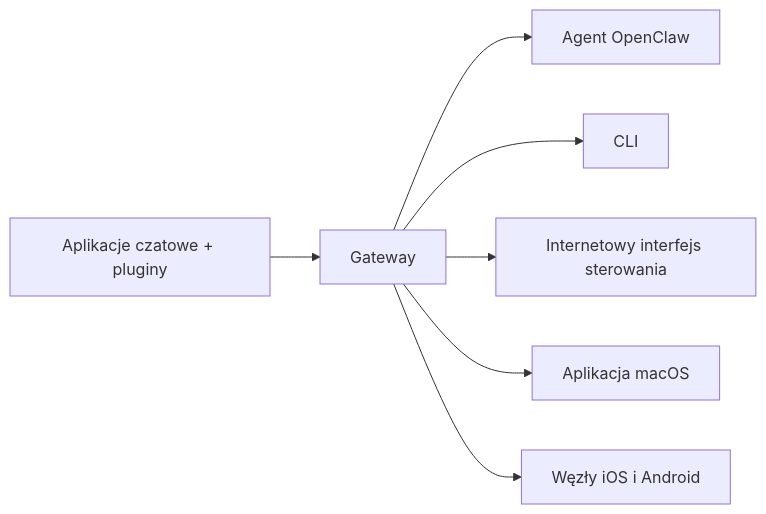
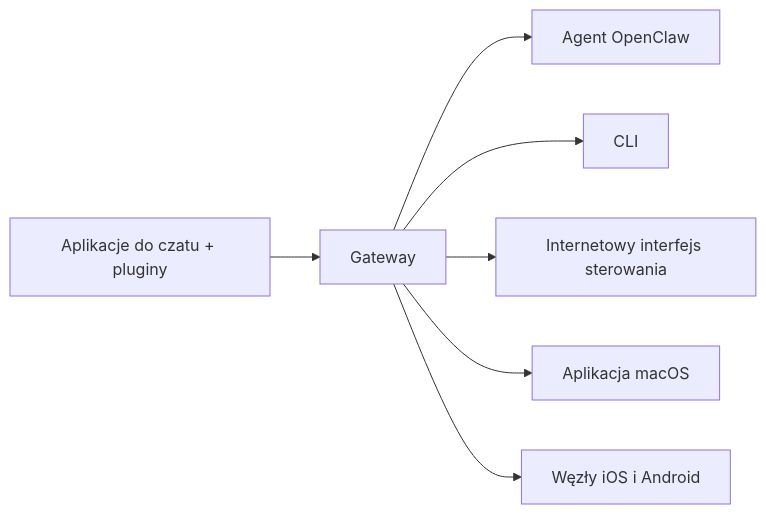
One commit to openclaw/docs changed the diagram in docs/pl/index.md. Above: the diagram before and after it, drawn with Mermaid. The commit also changed other lines of this file and 6121 other files, not shown here.

````diff
--- a/docs/pl/index.md
+++ b/docs/pl/index.md
@@ -113,9 +114,9 @@
 ```mermaid
 flowchart LR
-  A["Aplikacje czatowe + pluginy"] --> B["Gateway"]
+  A["Aplikacje do czatu + pluginy"] --> B["Gateway"]
   B --> C["Agent OpenClaw"]
   B --> D["CLI"]
   B --> E["Internetowy interfejs sterowania"]
   B --> F["Aplikacja macOS"]
   B --> G["Węzły iOS i Android"]
 ```
````
